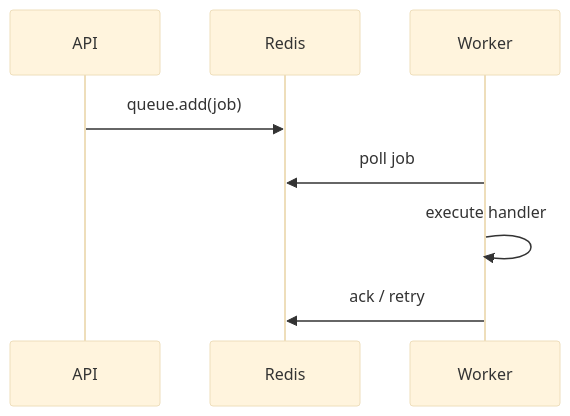
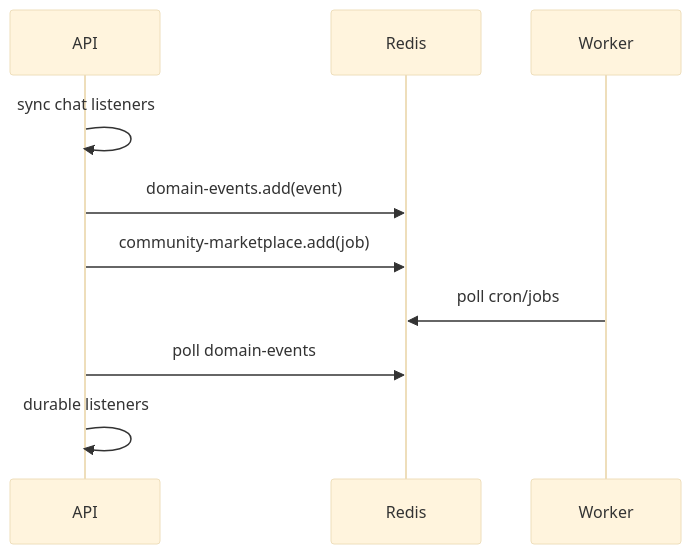
One commit to golpochat/community-marketplace changed the second of 2 diagrams in docs/architecture/event-driven.md. Above: the diagram before and after it, drawn with Mermaid (base theme). The commit also changed other lines of this file and 686 other files, not shown here.

````diff
--- a/docs/architecture/event-driven.md
+++ b/docs/architecture/event-driven.md
@@ -33,11 +43,13 @@
 ```mermaid
 sequenceDiagram
   participant API
   participant Redis
   participant Worker
 
-  API->>Redis: queue.add(job)
-  Worker->>Redis: poll job
-  Worker->>Worker: execute handler
-  Worker->>Redis: ack / retry
+  API->>API: sync chat listeners
+  API->>Redis: domain-events.add(event)
+  API->>Redis: community-marketplace.add(job)
+  Worker->>Redis: poll cron/jobs
+  API->>Redis: poll domain-events
+  API->>API: durable listeners
 ```
````
